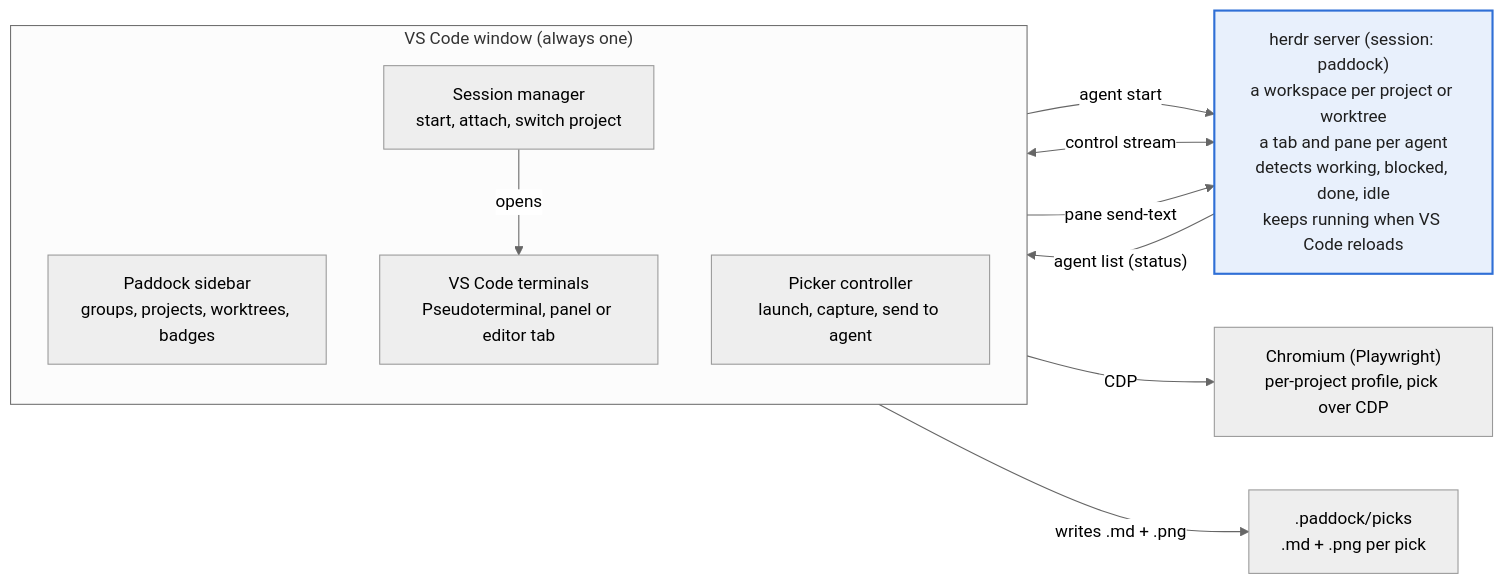
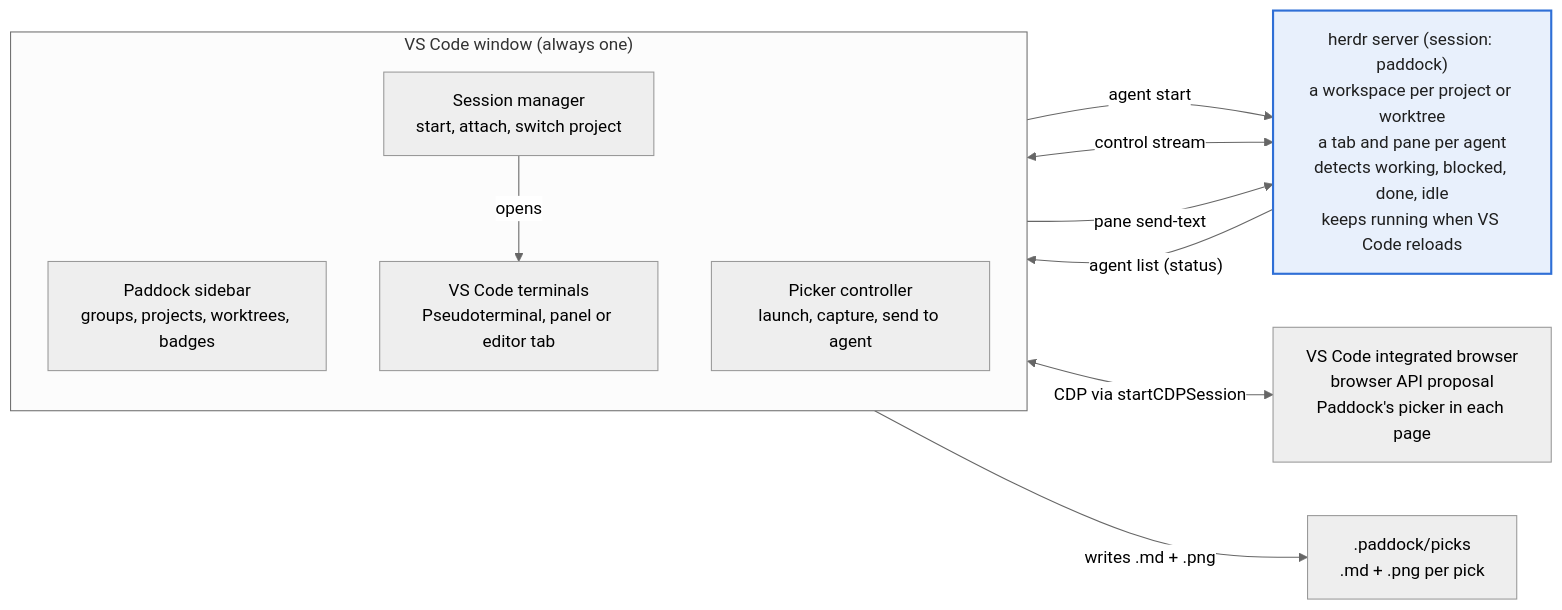
The diagram in docs/PLAN.md (iyansr/paddock), drawn with Mermaid (neutral theme) before and after one commit. The commit also changed other lines of this file and 22 other files, not shown here.

First line of the commit message:
M4: element picker in VS Code's integrated browser

````diff
--- a/docs/PLAN.md
+++ b/docs/PLAN.md
@@ -9,24 +9,24 @@
 ```mermaid
 flowchart LR
   subgraph vscode["VS Code window (always one)"]
     direction TB
     sidebar["Paddock sidebar<br/>groups, projects, worktrees, badges"]
     manager["Session manager<br/>start, attach, switch project"]
     terminals["VS Code terminals<br/>Pseudoterminal, panel or editor tab"]
     picker["Picker controller<br/>launch, capture, send to agent"]
   end
   herdr["herdr server (session: paddock)<br/>a workspace per project or worktree<br/>a tab and pane per agent<br/>detects working, blocked, done, idle<br/>keeps running when VS Code reloads"]
-  chromium["Chromium (Playwright)<br/>per-project profile, pick over CDP"]
+  browser["VS Code integrated browser<br/>browser API proposal<br/>Paddock's picker in each page"]
   picks[".paddock/picks<br/>.md + .png per pick"]
 
   manager -->|opens| terminals
   manager -->|agent start| herdr
   terminals <-->|control stream| herdr
   herdr -->|"agent list (status)"| sidebar
   picker -->|pane send-text| herdr
-  picker -->|CDP| chromium
+  picker <-->|CDP via startCDPSession| browser
   picker -->|writes .md + .png| picks
 
   classDef main fill:#e8f0fc,stroke:#2f6fd6,stroke-width:2px,color:#1f1f1f
   class herdr main
 ```
````
